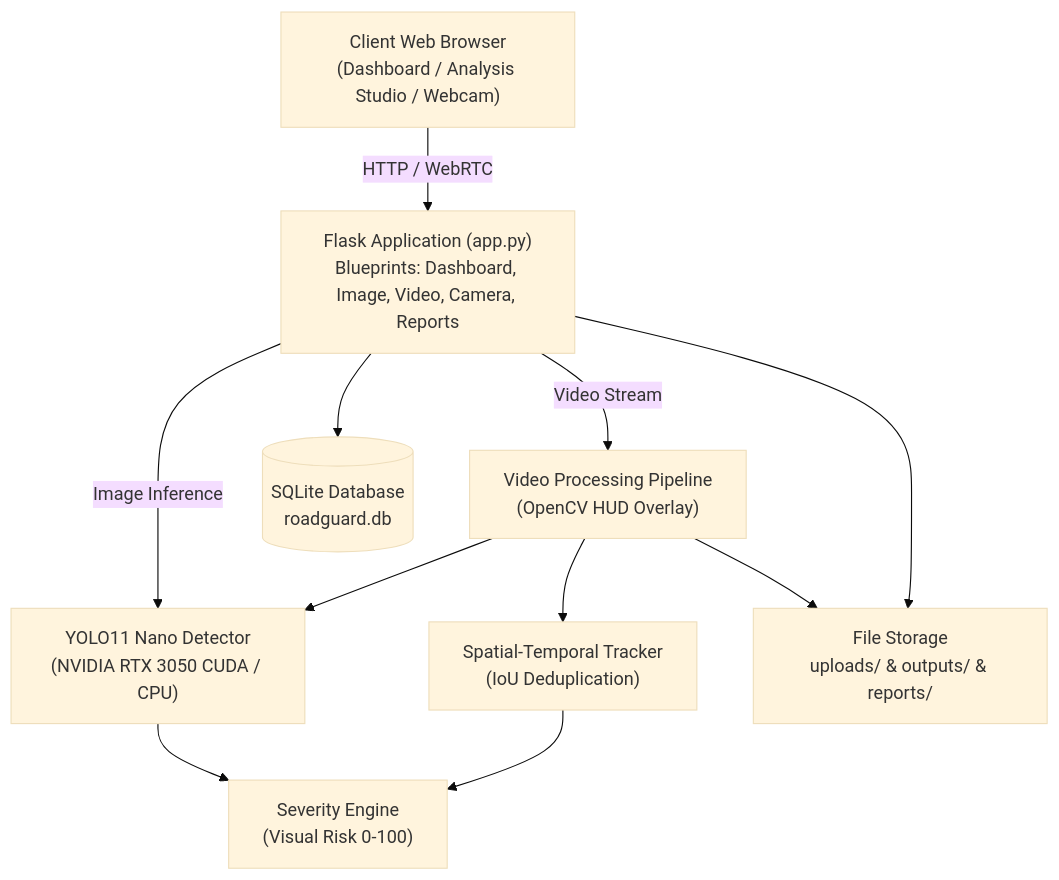
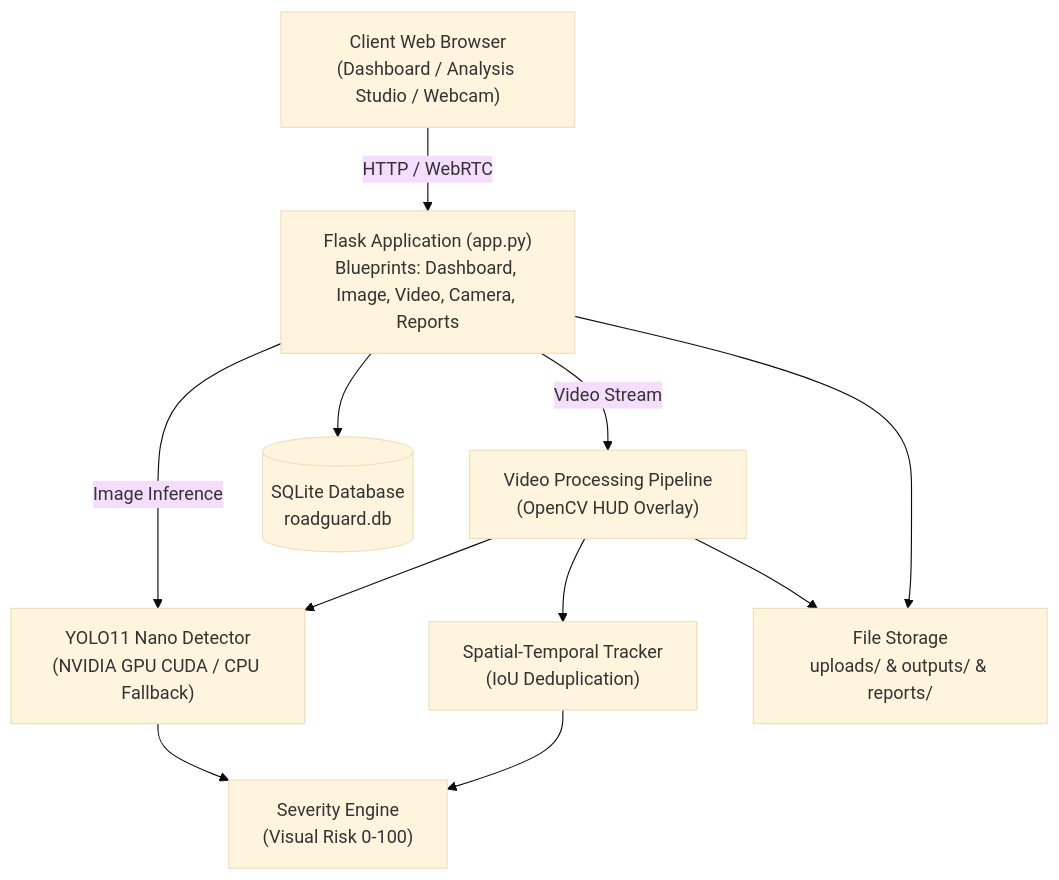
One commit to Naveen6suraj/Road-Damage-Detection- changed the diagram in README.md. Above: the diagram before and after it, drawn with Mermaid (base theme). The commit also changed other lines of this file and 25 other files, not shown here.

````diff
--- a/README.md
+++ b/README.md
@@ -75,22 +77,22 @@
 ```mermaid
 flowchart TD
     Client["Client Web Browser\n(Dashboard / Analysis Studio / Webcam)"]
     Flask["Flask Application (app.py)\nBlueprints: Dashboard, Image, Video, Camera, Reports"]
-    Detector["YOLO11 Nano Detector\n(NVIDIA RTX 3050 CUDA / CPU)"]
+    Detector["YOLO11 Nano Detector\n(NVIDIA GPU CUDA / CPU Fallback)"]
     Severity["Severity Engine\n(Visual Risk 0-100)"]
     Tracker["Spatial-Temporal Tracker\n(IoU Deduplication)"]
     VideoProc["Video Processing Pipeline\n(OpenCV HUD Overlay)"]
     Database[("SQLite Database\nroadguard.db")]
     Storage["File Storage\nuploads/ & outputs/ & reports/"]
 
     Client -->|HTTP / WebRTC| Flask
     Flask -->|Image Inference| Detector
     Flask -->|Video Stream| VideoProc
     VideoProc --> Detector
     Detector --> Severity
     VideoProc --> Tracker
     Tracker --> Severity
     Flask --> Database
     VideoProc --> Storage
     Flask --> Storage
 ```
````
